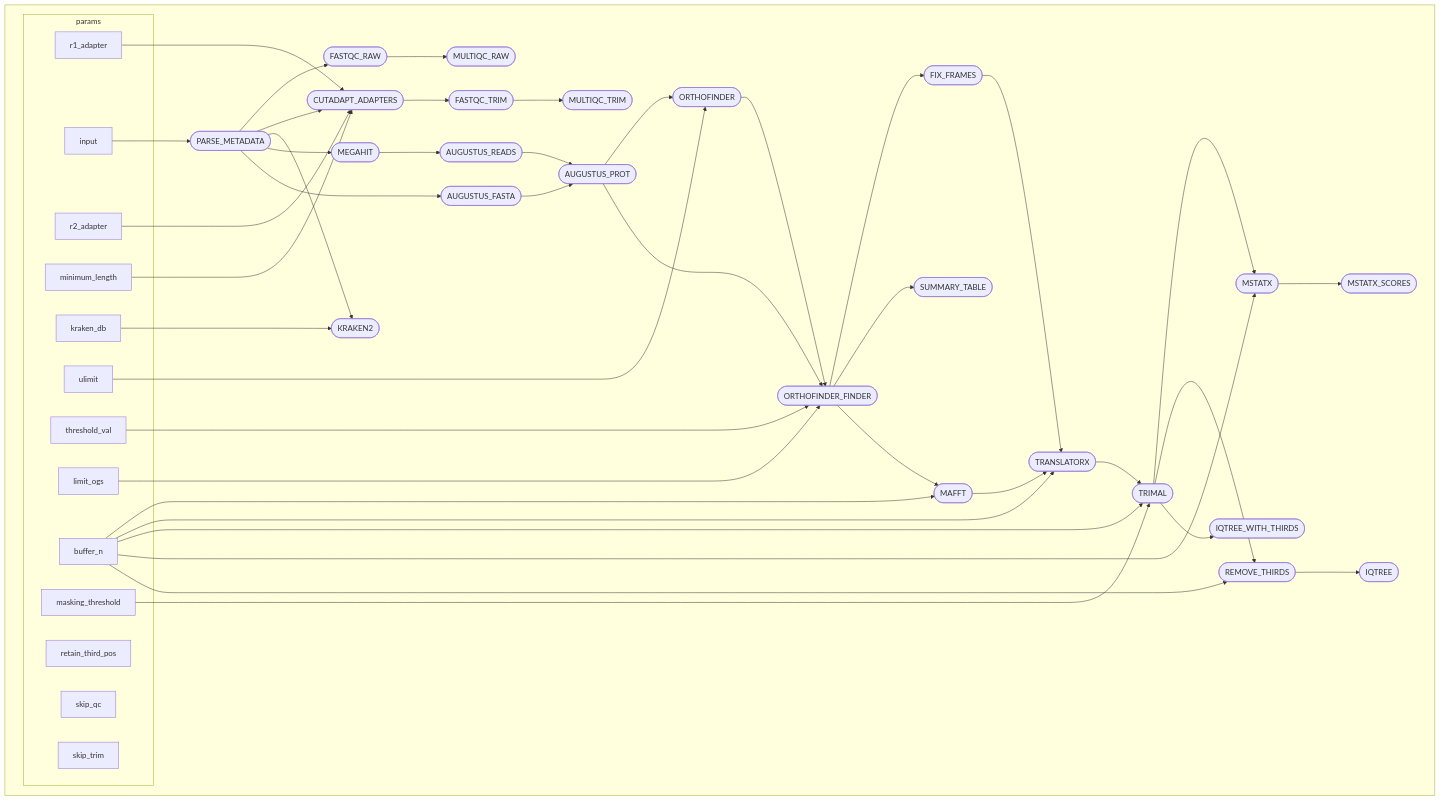
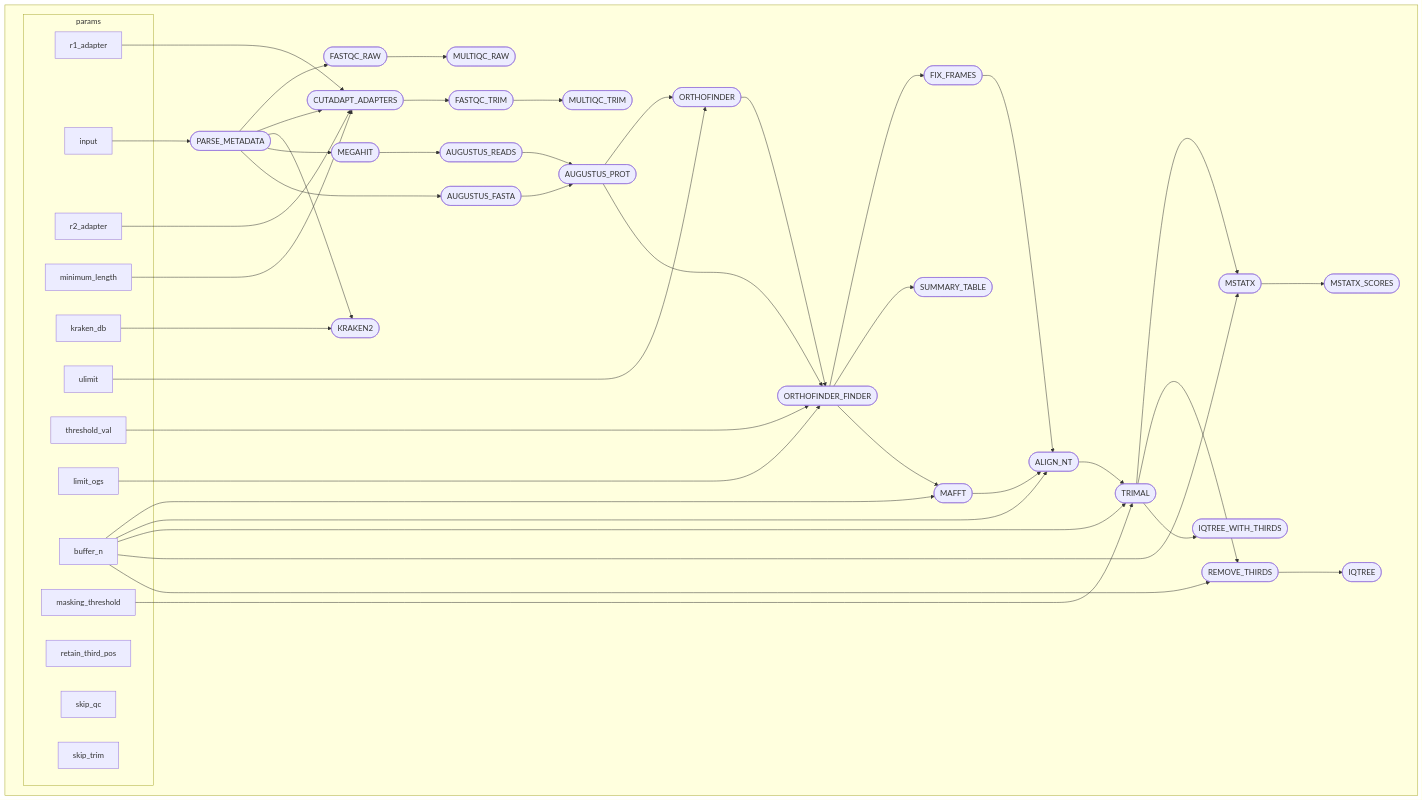
One commit to jacksonhturner/orthogarden changed the diagram in README.md. Above: the diagram before and after it, drawn with Mermaid. The commit also changed other lines of this file, not shown here.

````diff
--- a/README.md
+++ b/README.md
@@ -23,82 +22,82 @@
 ```mermaid
 flowchart TB
     subgraph " "
     subgraph params
     v9["r1_adapter"]
     v32["buffer_n"]
     v28["limit_ogs"]
     v25["ulimit"]
     v42["retain_third_pos"]
     v5["skip_qc"]
     v27["threshold_val"]
     v11["minimum_length"]
     v0["input"]
     v38["masking_threshold"]
     v17["kraken_db"]
     v8["skip_trim"]
     v10["r2_adapter"]
     end
     v2([PARSE_METADATA])
     v6([FASTQC_RAW])
     v7([MULTIQC_RAW])
     v12([CUTADAPT_ADAPTERS])
     v14([FASTQC_TRIM])
     v15([MULTIQC_TRIM])
     v18([KRAKEN2])
     v21([MEGAHIT])
     v22([AUGUSTUS_FASTA])
     v23([AUGUSTUS_READS])
     v24([AUGUSTUS_PROT])
     v26([ORTHOFINDER])
     v29([ORTHOFINDER_FINDER])
     v30([FIX_FRAMES])
     v31([SUMMARY_TABLE])
     v33([MAFFT])
-    v37([TRANSLATORX])
+    v37([ALIGN_NT])
     v39([TRIMAL])
     v40([MSTATX])
     v41([MSTATX_SCORES])
     v43([REMOVE_THIRDS])
     v44([IQTREE])
     v45([IQTREE_WITH_THIRDS])
     v0 --> v2
     v2 --> v6
     v6 --> v7
     v2 --> v12
     v9 --> v12
     v10 --> v12
     v11 --> v12
     v12 --> v14
     v14 --> v15
     v17 --> v18
     v2 --> v18
     v2 --> v21
     v2 --> v22
     v21 --> v23
     v22 --> v24
     v23 --> v24
     v24 --> v26
     v25 --> v26
     v24 --> v29
     v26 --> v29
     v27 --> v29
     v28 --> v29
     v29 --> v30
     v29 --> v31
     v32 --> v33
     v29 --> v33
     v32 --> v37
     v33 --> v37
     v30 --> v37
     v32 --> v39
     v37 --> v39
     v38 --> v39
     v32 --> v40
     v39 --> v40
     v40 --> v41
     v32 --> v43
     v39 --> v43
     v43 --> v44
     v39 --> v45
     end
 ```
````
